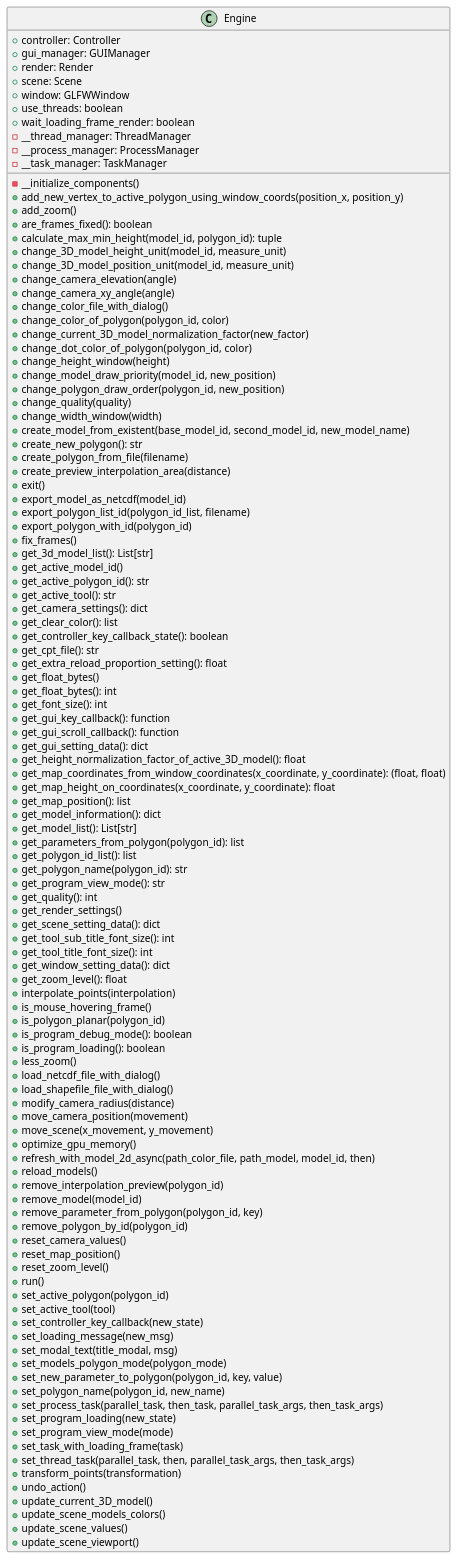
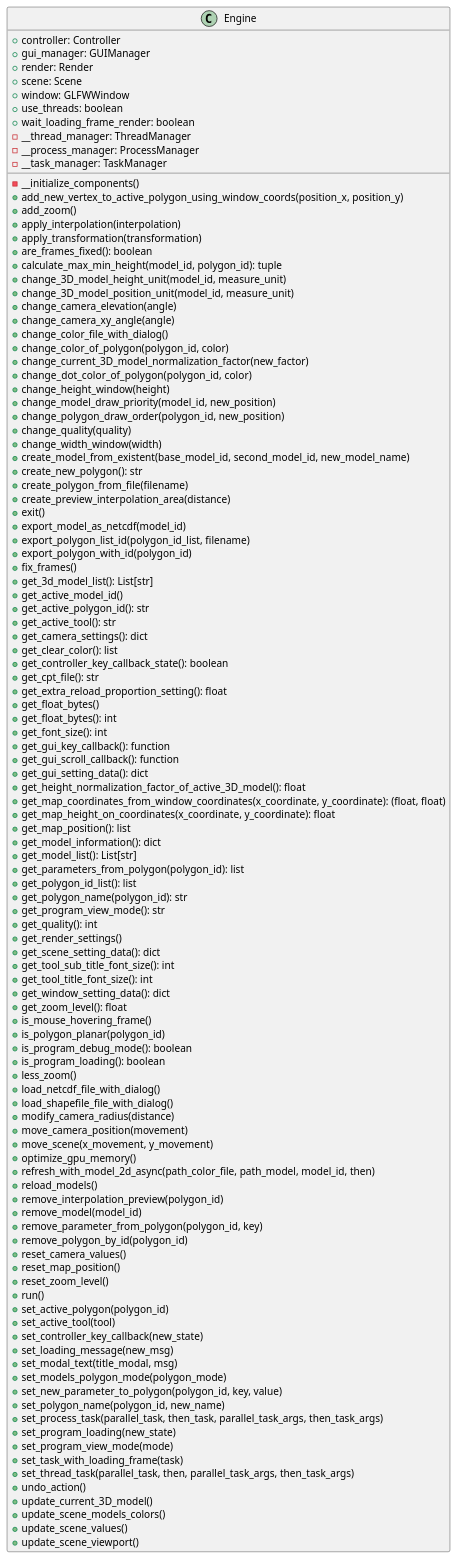
One commit to ferpoble2/Relief_Creator changed the diagram in docs/classes/Engine.puml. Above: the diagram before and after it, drawn with PlantUML. The commit also changed 16 other files, not shown here.

```diff
--- a/docs/classes/Engine.puml
+++ b/docs/classes/Engine.puml
@@ -1,116 +1,116 @@
 @startuml
 class Engine {
     + controller: Controller
     + gui_manager: GUIManager
     + render: Render
     + scene: Scene
     + window: GLFWWindow
     + use_threads: boolean
     + wait_loading_frame_render: boolean
     - __thread_manager: ThreadManager
     - __process_manager: ProcessManager
     - __task_manager: TaskManager
 
     - __initialize_components()
     + add_new_vertex_to_active_polygon_using_window_coords(position_x, position_y)
     + add_zoom()
+    + apply_interpolation(interpolation)
+    + apply_transformation(transformation)
     + are_frames_fixed(): boolean
     + calculate_max_min_height(model_id, polygon_id): tuple
     + change_3D_model_height_unit(model_id, measure_unit)
     + change_3D_model_position_unit(model_id, measure_unit)
     + change_camera_elevation(angle)
     + change_camera_xy_angle(angle)
     + change_color_file_with_dialog()
     + change_color_of_polygon(polygon_id, color)
     + change_current_3D_model_normalization_factor(new_factor)
     + change_dot_color_of_polygon(polygon_id,  color)
     + change_height_window(height)
     + change_model_draw_priority(model_id, new_position)
     + change_polygon_draw_order(polygon_id, new_position)
     + change_quality(quality)
     + change_width_window(width)
     + create_model_from_existent(base_model_id, second_model_id, new_model_name)
     + create_new_polygon(): str
     + create_polygon_from_file(filename)
     + create_preview_interpolation_area(distance)
     + exit()
     + export_model_as_netcdf(model_id)
     + export_polygon_list_id(polygon_id_list, filename)
     + export_polygon_with_id(polygon_id)
     + fix_frames()
     + get_3d_model_list(): List[str]
     + get_active_model_id()
     + get_active_polygon_id(): str
     + get_active_tool(): str
     + get_camera_settings(): dict
     + get_clear_color(): list
     + get_controller_key_callback_state(): boolean
     + get_cpt_file(): str
     + get_extra_reload_proportion_setting(): float
     + get_float_bytes()
     + get_float_bytes(): int
     + get_font_size(): int
     + get_gui_key_callback(): function
     + get_gui_scroll_callback(): function
     + get_gui_setting_data(): dict
     + get_height_normalization_factor_of_active_3D_model(): float
     + get_map_coordinates_from_window_coordinates(x_coordinate, y_coordinate): (float, float)
     + get_map_height_on_coordinates(x_coordinate, y_coordinate): float
     + get_map_position(): list
     + get_model_information(): dict
     + get_model_list(): List[str]
     + get_parameters_from_polygon(polygon_id): list
     + get_polygon_id_list(): list
     + get_polygon_name(polygon_id): str
     + get_program_view_mode(): str
     + get_quality(): int
     + get_render_settings()
     + get_scene_setting_data(): dict
     + get_tool_sub_title_font_size(): int
     + get_tool_title_font_size(): int
     + get_window_setting_data(): dict
     + get_zoom_level(): float
-    + interpolate_points(interpolation)
     + is_mouse_hovering_frame()
     + is_polygon_planar(polygon_id)
     + is_program_debug_mode(): boolean
     + is_program_loading(): boolean
     + less_zoom()
     + load_netcdf_file_with_dialog()
     + load_shapefile_file_with_dialog()
     + modify_camera_radius(distance)
     + move_camera_position(movement)
     + move_scene(x_movement, y_movement)
     + optimize_gpu_memory()
     + refresh_with_model_2d_async(path_color_file, path_model, model_id, then)
     + reload_models()
     + remove_interpolation_preview(polygon_id)
     + remove_model(model_id)
     + remove_parameter_from_polygon(polygon_id, key)
     + remove_polygon_by_id(polygon_id)
     + reset_camera_values()
     + reset_map_position()
     + reset_zoom_level()
     + run()
     + set_active_polygon(polygon_id)
     + set_active_tool(tool)
     + set_controller_key_callback(new_state)
     + set_loading_message(new_msg)
     + set_modal_text(title_modal, msg)
     + set_models_polygon_mode(polygon_mode)
     + set_new_parameter_to_polygon(polygon_id, key, value)
     + set_polygon_name(polygon_id, new_name)
     + set_process_task(parallel_task, then_task, parallel_task_args, then_task_args)
     + set_program_loading(new_state)
     + set_program_view_mode(mode)
     + set_task_with_loading_frame(task)
     + set_thread_task(parallel_task, then, parallel_task_args, then_task_args)
-    + transform_points(transformation)
     + undo_action()
     + update_current_3D_model()
     + update_scene_models_colors()
     + update_scene_values()
     + update_scene_viewport()
 }
 
 @enduml
```
